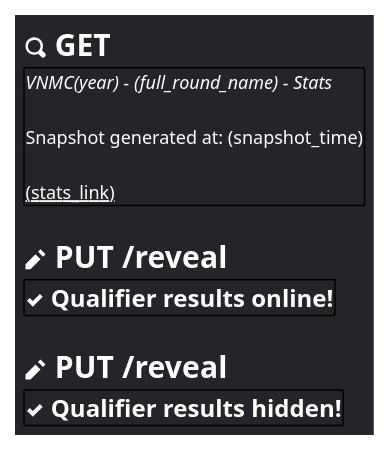
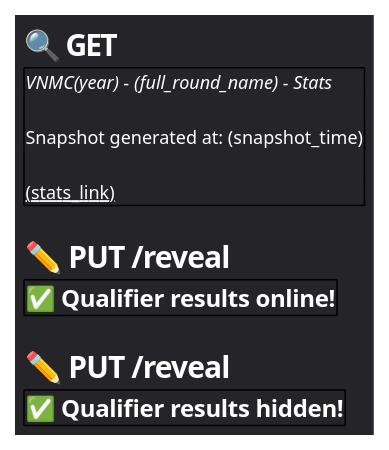
Before and after one commit to vnmc-ecosystem/vnmc-designs: the diagram in bot-ui/stats/stats.puml, drawn with PlantUML. The commit also changed 11 other files, not shown here.

```diff
--- a/bot-ui/stats/stats.puml
+++ b/bot-ui/stats/stats.puml
@@ -1,27 +1,27 @@
 @startsalt match
 	<style>
 		saltDiagram {
 			BackgroundColor #242429
 		}
 	</style>
 	{
-		= <color:#ffffff><&magnifying-glass> GET
+		= <color:#ffffff>🔍 GET
 		{+
 			==== <color:#ffffff>VNMC(year) - (full_round_name) - Stats
 			.
 			<color:#ffffff>Snapshot generated at: (snapshot_time)
 			.
 			<color:#ffffff>__(stats_link)__
 		}
 		.
-		= <color:#ffffff><&pencil> PUT /reveal /' toggle ON '/
+		= <color:#ffffff>✏️ PUT /reveal /' toggle ON '/
 		{+
-			== <color:#ffffff><&check> Qualifier results online!
+			== <color:#ffffff>✅ Qualifier results online!
 		}
 		.
-		= <color:#ffffff><&pencil> PUT /reveal /' toggle OFF '/
+		= <color:#ffffff>✏️ PUT /reveal /' toggle OFF '/
 		{+
-			== <color:#ffffff><&check> Qualifier results hidden!
+			== <color:#ffffff>✅ Qualifier results hidden!
 		}
 	}
 @endsalt
```
